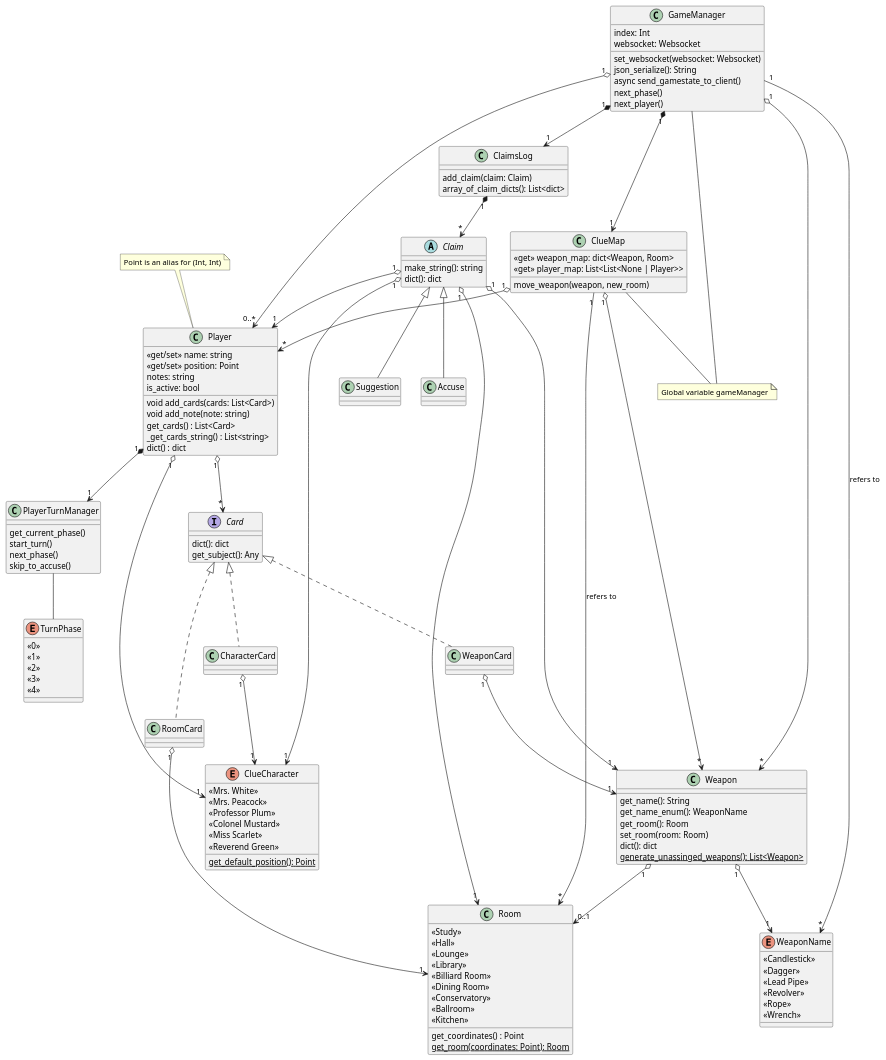
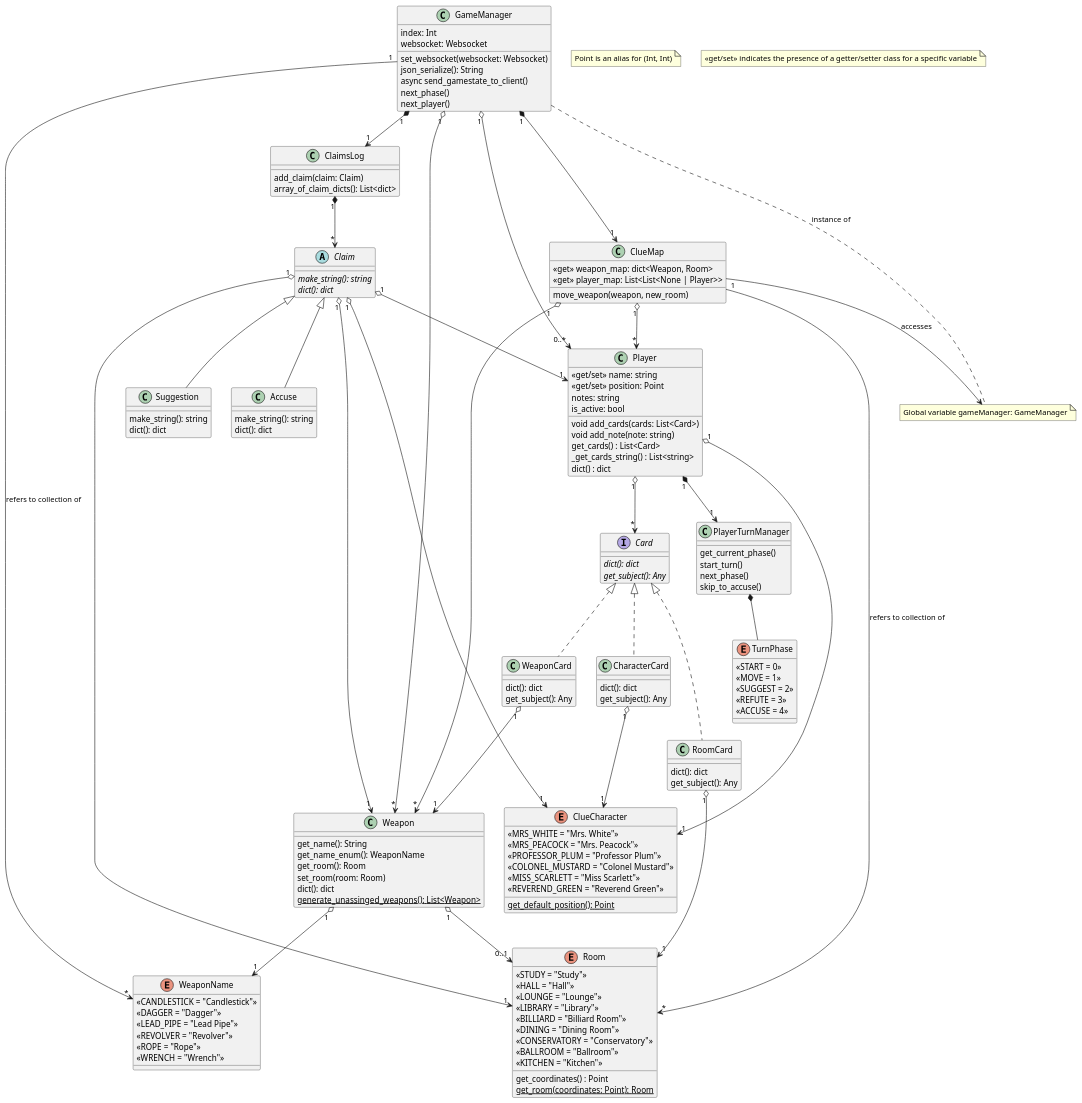
One commit to jfiorin1/clue-game-server changed the diagram in clue-less.puml. Above: the diagram before and after it, drawn with PlantUML. The commit also changed 18 other files, not shown here.

Commit message:
slight changes to uml

```diff
--- a/clue-less.puml
+++ b/clue-less.puml
@@ -1,148 +1,163 @@
 @startuml
 'https://plantuml.com/class-diagram
 
 class GameManager {
     index: Int
     websocket: Websocket
     set_websocket(websocket: Websocket)
     json_serialize(): String
     async send_gamestate_to_client()
     next_phase()
     next_player()
 }
 
 GameManager "1" o--> "0..*" Player
 GameManager "1" o--> "*" Weapon
-GameManager "1" --> "*" WeaponName: refers to
+GameManager "1" --> "*" WeaponName: refers to collection of
 GameManager "1" *--> "1" ClaimsLog
 GameManager "1" *--> "1" ClueMap
 
 note "Point is an alias for (Int, Int)" as n
-note "Global variable gameManager" as g
+note "<<get/set>> indicates the presence of a getter/setter class for a specific variable" as n2
+note "Global variable gameManager: GameManager" as g
 
-GameManager -- g
+GameManager -[dashed]- g: instance of
 
 class Player {
     <<get/set>> name: string
     <<get/set>> position: Point
     notes: string
     is_active: bool
     void add_cards(cards: List<Card>)
     void add_note(note: string)
     get_cards() : List<Card>
     _get_cards_string() : List<string>
     dict() : dict
 }
 
 Player "1" o--> "1" ClueCharacter
 Player "1" o--> "*" Card
 Player "1" *--> "1" PlayerTurnManager
-n .. Player
 
 enum ClueCharacter {
-    <<Mrs. White>>
-    <<Mrs. Peacock>>
-    <<Professor Plum>>
-    <<Colonel Mustard>>
-    <<Miss Scarlet>>
-    <<Reverend Green>>
+    <<MRS_WHITE = "Mrs. White">>
+    <<MRS_PEACOCK = "Mrs. Peacock">>
+    <<PROFESSOR_PLUM = "Professor Plum">>
+    <<COLONEL_MUSTARD = "Colonel Mustard">>
+    <<MISS_SCARLETT = "Miss Scarlett">>
+    <<REVEREND_GREEN = "Reverend Green">>
     {static} get_default_position(): Point
 }
 
 class Weapon {
     get_name(): String
     get_name_enum(): WeaponName
     get_room(): Room
     set_room(room: Room)
     dict(): dict
     {static} generate_unassinged_weapons(): List<Weapon>
 }
 
 Weapon "1" o--> "1" WeaponName
 Weapon "1" o--> "0..1" Room
 
 enum WeaponName {
-    <<Candlestick>>
-    <<Dagger>>
-    <<Lead Pipe>>
-    <<Revolver>>
-    <<Rope>>
-    <<Wrench>>
+    <<CANDLESTICK = "Candlestick">>
+    <<DAGGER = "Dagger">>
+    <<LEAD_PIPE = "Lead Pipe">>
+    <<REVOLVER = "Revolver">>
+    <<ROPE = "Rope">>
+    <<WRENCH = "Wrench">>
 }
 
 class ClaimsLog {
     add_claim(claim: Claim)
     array_of_claim_dicts(): List<dict>
 }
 
 ClaimsLog "1" *--> "*" Claim
 
 abstract class Claim {
-    make_string(): string
-    dict(): dict
+    {abstract} make_string(): string
+    {abstract} dict(): dict
 }
 
 Claim "1" o--> "1" ClueCharacter
 Claim "1" o--> "1" Weapon
 Claim "1" o--> "1" Room
 Claim "1" o--> "1" Player
 
-class Suggestion extends Claim
-class Accuse extends Claim
+class Suggestion extends Claim {
+    make_string(): string
+    dict(): dict
+}
+class Accuse extends Claim {
+    make_string(): string
+    dict(): dict
+}
 
 interface Card {
+    {abstract} dict(): dict
+    {abstract} get_subject(): Any
+}
+
+class CharacterCard implements Card {
     dict(): dict
     get_subject(): Any
 }
-
-class CharacterCard implements Card
-class WeaponCard implements Card
-class RoomCard implements Card
+class WeaponCard implements Card {
+    dict(): dict
+    get_subject(): Any
+}
+class RoomCard implements Card {
+    dict(): dict
+    get_subject(): Any
+}
 
 CharacterCard "1" o--> "1" ClueCharacter
 RoomCard "1" o--> "1" Room
 WeaponCard "1" o--> "1" Weapon
 
 class ClueMap {
     <<get>> weapon_map: dict<Weapon, Room>
     <<get>> player_map: List<List<None | Player>>
     move_weapon(weapon, new_room)
 }
 
 ClueMap "1" o--> "*" Weapon
 ClueMap "1" o--> "*" Player
-ClueMap "1" --> "*" Room: refers to
-ClueMap -- g
+ClueMap "1" --> "*" Room: refers to collection of
+ClueMap --> g: accesses
 
-class Room {
-    <<Study>>
-    <<Hall>>
-    <<Lounge>>
-    <<Library>>
-    <<Billiard Room>>
-    <<Dining Room>>
-    <<Conservatory>>
-    <<Ballroom>>
-    <<Kitchen>>
+enum Room {
+    <<STUDY = "Study">>
+    <<HALL = "Hall">>
+    <<LOUNGE = "Lounge">>
+    <<LIBRARY = "Library">>
+    <<BILLIARD = "Billiard Room">>
+    <<DINING = "Dining Room">>
+    <<CONSERVATORY = "Conservatory">>
+    <<BALLROOM = "Ballroom">>
+    <<KITCHEN = "Kitchen">>
     get_coordinates() : Point
     {static} get_room(coordinates: Point): Room
 }
 
 class PlayerTurnManager {
     get_current_phase()
     start_turn()
     next_phase()
     skip_to_accuse()
 }
 
-PlayerTurnManager -- TurnPhase
+PlayerTurnManager *-- TurnPhase
 
 enum TurnPhase {
-    <<0>>
-    <<1>>
-    <<2>>
-    <<3>>
-    <<4>>
+    <<START = 0>>
+    <<MOVE = 1>>
+    <<SUGGEST = 2>>
+    <<REFUTE = 3>>
+    <<ACCUSE = 4>>
 }
 
 @enduml
```
